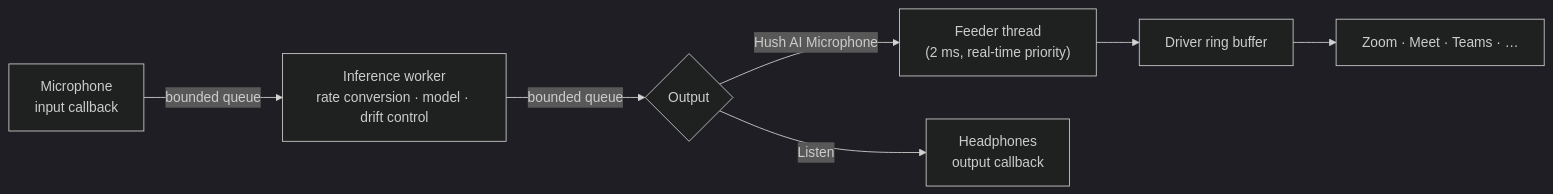
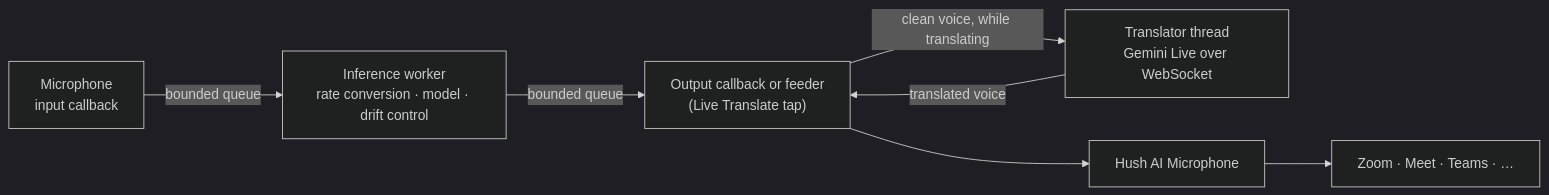
One commit to alshell7/hush-ai changed the first of 2 diagrams in docs/ARCHITECTURE.md. Above: the diagram before and after it, drawn with Mermaid (dark theme). The commit also changed other lines of this file and 10 other files, not shown here.

Commit message:
Docs and README for Studio, Meetings and Live Translate; version 1.1.0

````diff
--- a/docs/ARCHITECTURE.md
+++ b/docs/ARCHITECTURE.md
@@ -25,9 +25,9 @@
 ```mermaid
 flowchart LR
   A["Microphone<br/>input callback"] -->|bounded queue| B["Inference worker<br/>rate conversion · model · drift control"]
-  B -->|bounded queue| C{Output}
-  C -->|Hush AI Microphone| D["Feeder thread<br/>(2 ms, real-time priority)"]
-  C -->|Listen| E["Headphones<br/>output callback"]
-  D --> F["Driver ring buffer"]
+  B -->|bounded queue| C["Output callback or feeder<br/>(Live Translate tap)"]
+  C -->|clean voice, while translating| T["Translator thread<br/>Gemini Live over WebSocket"]
+  T -->|translated voice| C
+  C --> F["Hush AI Microphone"]
   F --> G["Zoom · Meet · Teams · …"]
 ```
````
